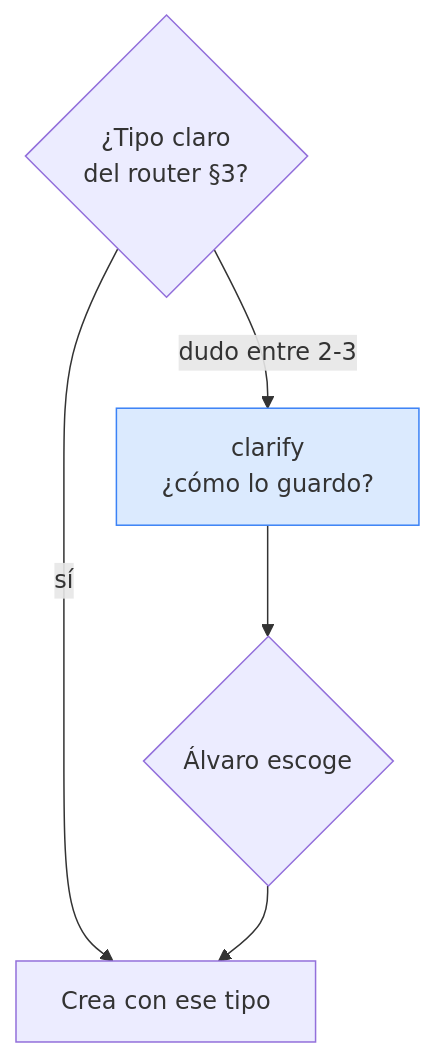
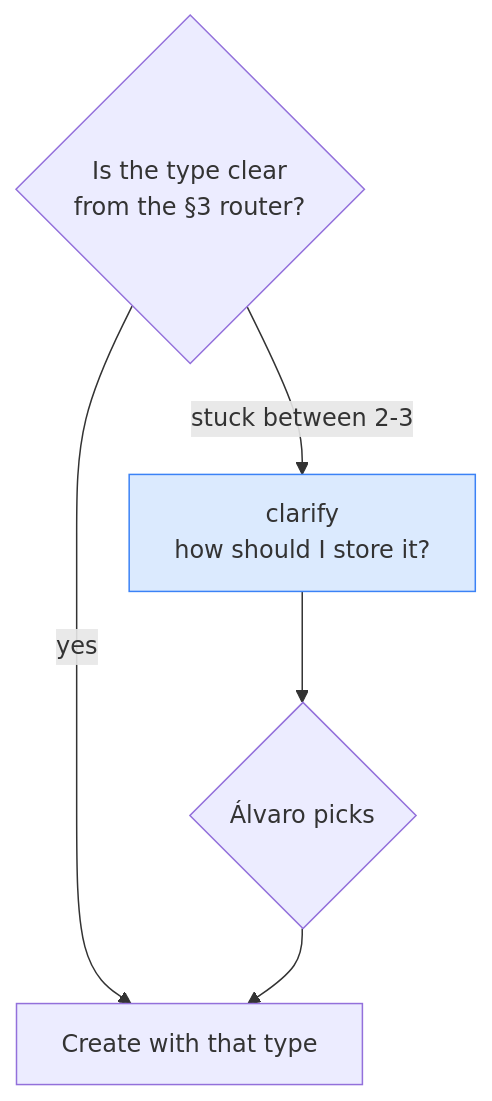
Before and after one commit to alvarolizama/dran: the sixth of 7 diagrams in skills/dran/SKILL.md, drawn with Mermaid. The commit also changed other lines of this file and 11 other files, not shown here.

Commit message:
feat: traducir skills de dran al inglés (9 flows + dran + references)

````diff
--- a/skills/dran/SKILL.md
+++ b/skills/dran/SKILL.md
@@ -436,9 +438,9 @@
 ```mermaid
 flowchart TD
-  IN{¿Tipo claro\ndel router §3?} -->|sí| CREATE[Crea con ese tipo]
-  IN -->|"dudo entre 2-3"| CL["clarify\n¿cómo lo guardo?"]
-  CL --> PICK{Álvaro escoge}
+  IN{Is the type clear\nfrom the §3 router?} -->|yes| CREATE[Create with that type]
+  IN -->|"stuck between 2-3"| CL["clarify\nhow should I store it?"]
+  CL --> PICK{Álvaro picks}
   PICK --> CREATE
 
   style CL fill:#dbeafe,stroke:#3b82f6
 ```
````
